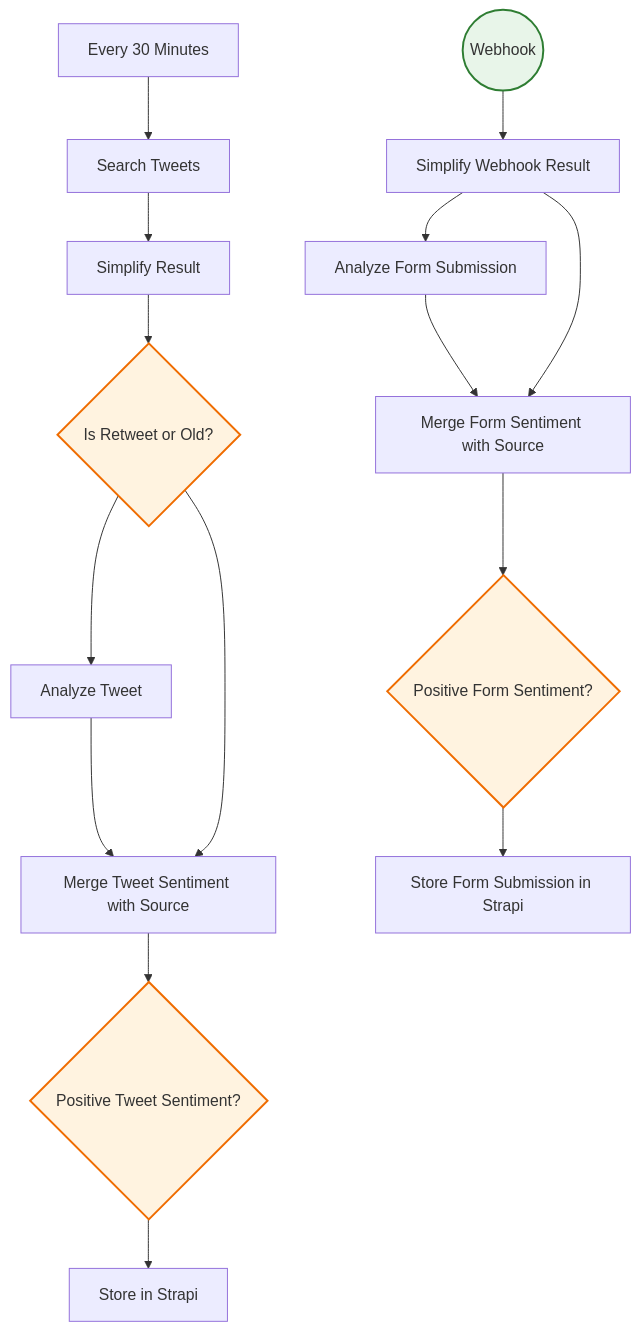
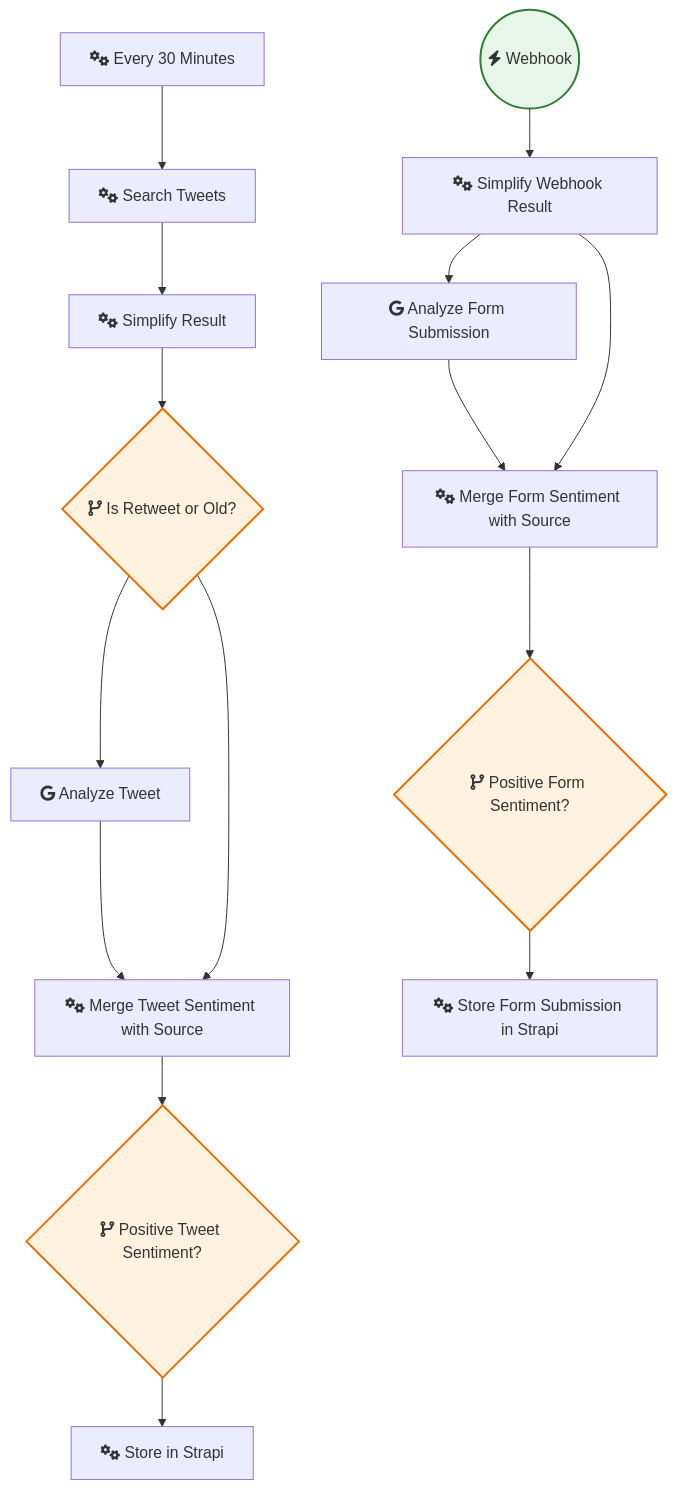
One commit to sreyash3105/N8N-DEMO-AUTOMATIONS changed the diagram in Other_Integrations_and_Use_Cases/Automate testimonials in Strapi with n8n.md. Above: the diagram before and after it, drawn with Mermaid. The commit also changed 291 other files, not shown here.

````diff
--- a/Other_Integrations_and_Use_Cases/Automate testimonials in Strapi with n8n.md
+++ b/Other_Integrations_and_Use_Cases/Automate testimonials in Strapi with n8n.md
@@ -1,36 +1,36 @@
 ```mermaid
 graph TD
     classDef trigger fill:#e8f5e9,stroke:#2e7d32,stroke-width:2px;
     classDef ai fill:#e3f2fd,stroke:#1565c0,stroke-width:2px;
     classDef logic fill:#fff3e0,stroke:#ef6c00,stroke-width:2px;
 
-    Simplify_Result["Simplify Result"]
-    Store_in_Strapi["Store in Strapi"]
-    Every_30_Minutes["Every 30 Minutes"]
-    Is_Retweet_or_Old_{"Is Retweet or Old?"}:::logic
-    Search_Tweets["Search Tweets"]
-    Webhook(("Webhook")):::trigger
-    Simplify_Webhook_Result["Simplify Webhook Result"]
-    Analyze_Form_Submission["Analyze Form Submission"]
-    Analyze_Tweet["Analyze Tweet"]
-    Merge_Form_Sentiment_with_Source["Merge Form Sentiment with Source"]
-    Merge_Tweet_Sentiment_with_Source["Merge Tweet Sentiment with Source"]
-    Positive_Form_Sentiment_{"Positive Form Sentiment?"}:::logic
-    Store_Form_Submission_in_Strapi["Store Form Submission in Strapi"]
-    Positive_Tweet_Sentiment_{"Positive Tweet Sentiment?"}:::logic
+    Simplify_Result["fas:fa-cogs Simplify Result"]
+    Store_in_Strapi["fas:fa-cogs Store in Strapi"]
+    Every_30_Minutes["fas:fa-cogs Every 30 Minutes"]
+    Is_Retweet_or_Old_{"fas:fa-code-branch Is Retweet or Old?"}:::logic
+    Search_Tweets["fas:fa-cogs Search Tweets"]
+    Webhook(("fas:fa-bolt Webhook")):::trigger
+    Simplify_Webhook_Result["fas:fa-cogs Simplify Webhook Result"]
+    Analyze_Form_Submission["fab:fa-google Analyze Form Submission"]
+    Analyze_Tweet["fab:fa-google Analyze Tweet"]
+    Merge_Form_Sentiment_with_Source["fas:fa-cogs Merge Form Sentiment with Source"]
+    Merge_Tweet_Sentiment_with_Source["fas:fa-cogs Merge Tweet Sentiment with Source"]
+    Positive_Form_Sentiment_{"fas:fa-code-branch Positive Form Sentiment?"}:::logic
+    Store_Form_Submission_in_Strapi["fas:fa-cogs Store Form Submission in Strapi"]
+    Positive_Tweet_Sentiment_{"fas:fa-code-branch Positive Tweet Sentiment?"}:::logic
 
     Webhook --> Simplify_Webhook_Result
     Analyze_Tweet --> Merge_Tweet_Sentiment_with_Source
     Search_Tweets --> Simplify_Result
     Simplify_Result --> Is_Retweet_or_Old_
     Every_30_Minutes --> Search_Tweets
     Is_Retweet_or_Old_ --> Analyze_Tweet
     Is_Retweet_or_Old_ --> Merge_Tweet_Sentiment_with_Source
     Analyze_Form_Submission --> Merge_Form_Sentiment_with_Source
     Simplify_Webhook_Result --> Analyze_Form_Submission
     Simplify_Webhook_Result --> Merge_Form_Sentiment_with_Source
     Positive_Form_Sentiment_ --> Store_Form_Submission_in_Strapi
     Positive_Tweet_Sentiment_ --> Store_in_Strapi
     Merge_Form_Sentiment_with_Source --> Positive_Form_Sentiment_
     Merge_Tweet_Sentiment_with_Source --> Positive_Tweet_Sentiment_
 ```
````
